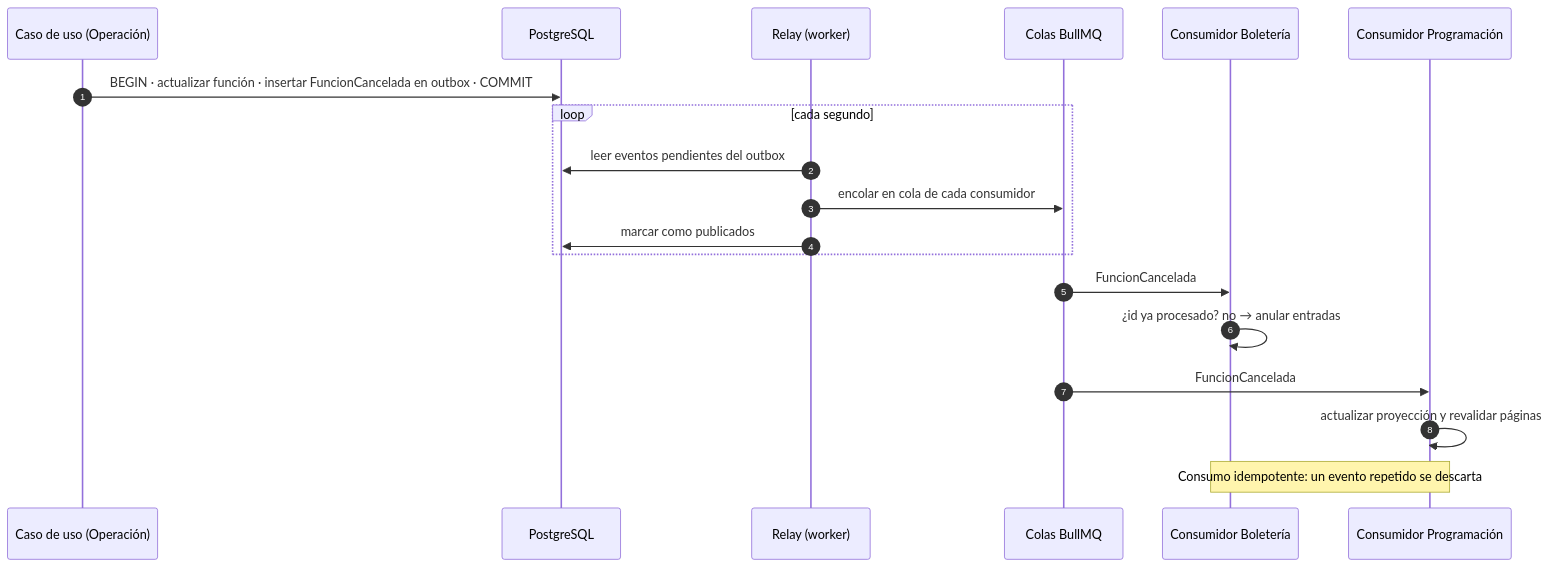
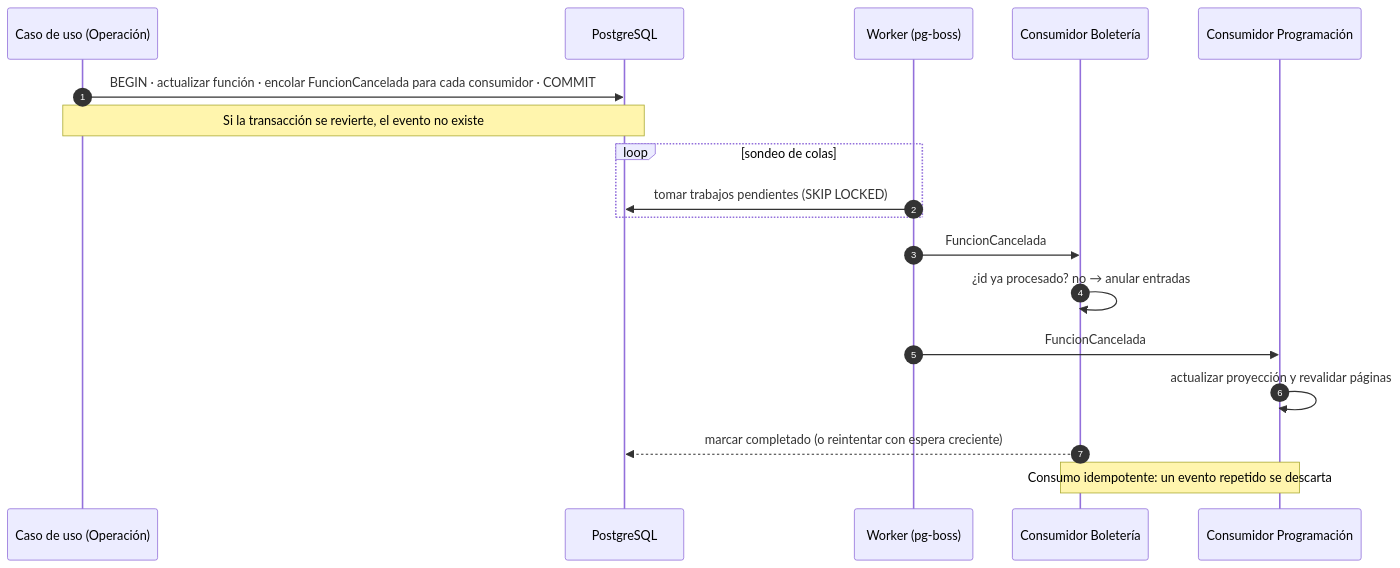
The second of 9 diagrams in docs/arquitectura/03-vista-procesos.md (Kevrc/festival-artes-vivas-loja), drawn with Mermaid before and after one commit. The commit also changed other lines of this file and 5 other files, not shown here.

````diff
--- a/docs/arquitectura/03-vista-procesos.md
+++ b/docs/arquitectura/03-vista-procesos.md
@@ -56,21 +53,20 @@
 ```mermaid
 sequenceDiagram
     autonumber
     participant UC as Caso de uso (Operación)
     participant DB as PostgreSQL
-    participant RL as Relay (worker)
-    participant Q as Colas BullMQ
+    participant WK as Worker (pg-boss)
     participant C1 as Consumidor Boletería
     participant C2 as Consumidor Programación
-    UC->>DB: BEGIN · actualizar función · insertar FuncionCancelada en outbox · COMMIT
-    loop cada segundo
-        RL->>DB: leer eventos pendientes del outbox
-        RL->>Q: encolar en cola de cada consumidor
-        RL->>DB: marcar como publicados
+    UC->>DB: BEGIN · actualizar función · encolar FuncionCancelada para cada consumidor · COMMIT
+    Note over UC,DB: Si la transacción se revierte, el evento no existe
+    loop sondeo de colas
+        WK->>DB: tomar trabajos pendientes (SKIP LOCKED)
     end
-    Q->>C1: FuncionCancelada
+    WK->>C1: FuncionCancelada
     C1->>C1: ¿id ya procesado? no → anular entradas
-    Q->>C2: FuncionCancelada
+    WK->>C2: FuncionCancelada
     C2->>C2: actualizar proyección y revalidar páginas
+    C1-->>DB: marcar completado (o reintentar con espera creciente)
     Note over C1,C2: Consumo idempotente: un evento repetido se descarta
 ```
````
